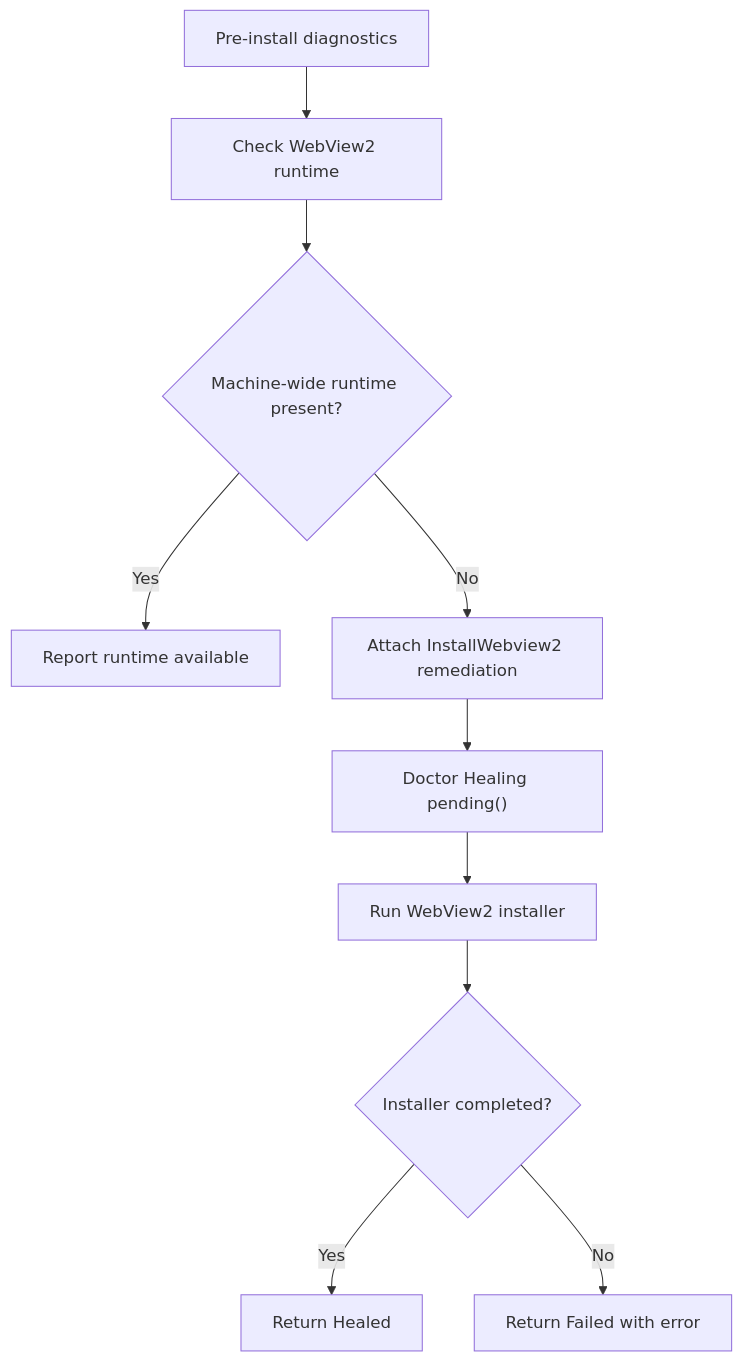
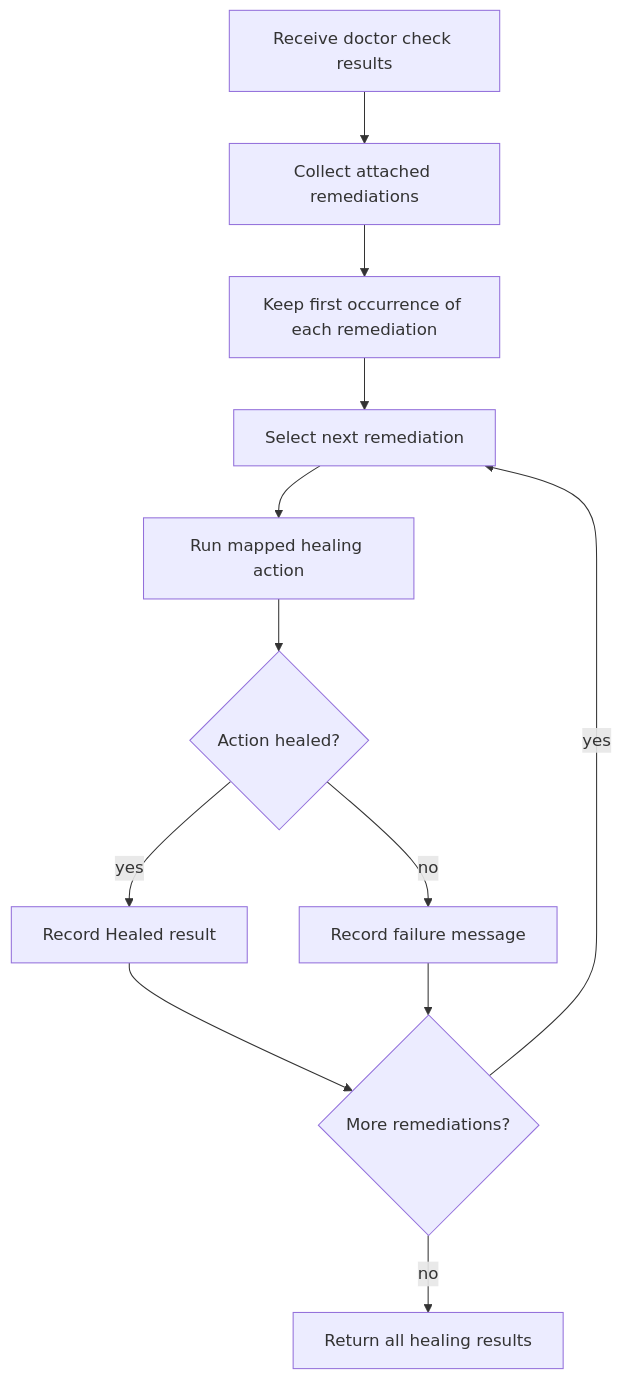
One commit to flamingo-stack/openframe-oss-tenant changed the second of 3 diagrams in docs/reference/architecture/openframe-client-core/doctor-healing/doctor-healing.md. Above: the diagram before and after it, drawn with Mermaid. The commit also changed other lines of this file and 2377 other files, not shown here.

````diff
--- a/docs/reference/architecture/openframe-client-core/doctor-healing/doctor-healing.md
+++ b/docs/reference/architecture/openframe-client-core/doctor-healing/doctor-healing.md
@@ -68,12 +44,14 @@
 ```mermaid
 flowchart TD
-    Start["Pre-install diagnostics"] --> RuntimeCheck["Check WebView2 runtime"]
-    RuntimeCheck --> RuntimeState{"Machine-wide runtime present?"}
-    RuntimeState -->|"Yes"| Pass["Report runtime available"]
-    RuntimeState -->|"No"| Warning["Attach InstallWebview2 remediation"]
-    Warning --> Pending["Doctor Healing pending()"]
-    Pending --> Install["Run WebView2 installer"]
-    Install --> InstallState{"Installer completed?"}
-    InstallState -->|"Yes"| Healed["Return Healed"]
-    InstallState -->|"No"| Failed["Return Failed with error"]
+    Start["Receive doctor check results"] --> Collect["Collect attached remediations"]
+    Collect --> Unique["Keep first occurrence of each remediation"]
+    Unique --> Next["Select next remediation"]
+    Next --> Run["Run mapped healing action"]
+    Run --> Status{"Action healed?"}
+    Status -->|"yes"| RecordSuccess["Record Healed result"]
+    Status -->|"no"| RecordFailure["Record failure message"]
+    RecordSuccess --> More{"More remediations?"}
+    RecordFailure --> More
+    More -->|"yes"| Next
+    More -->|"no"| Finish["Return all healing results"]
 ```
````
